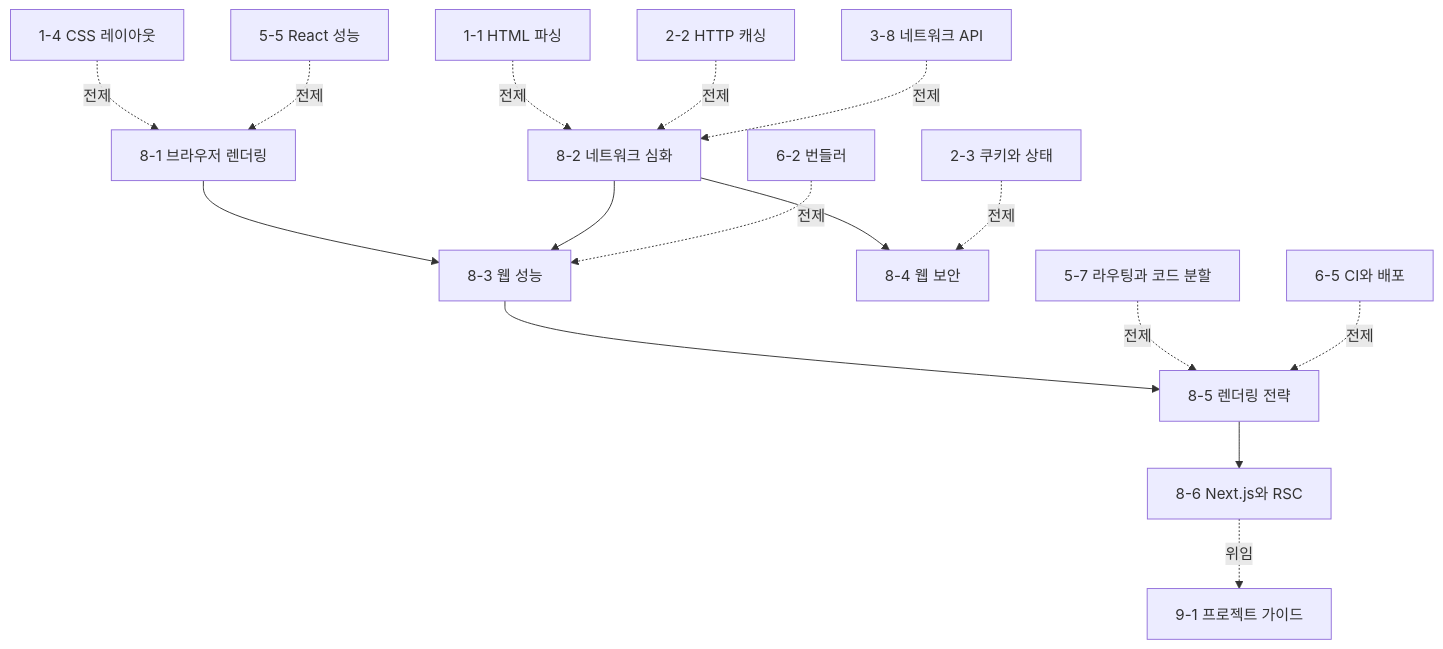
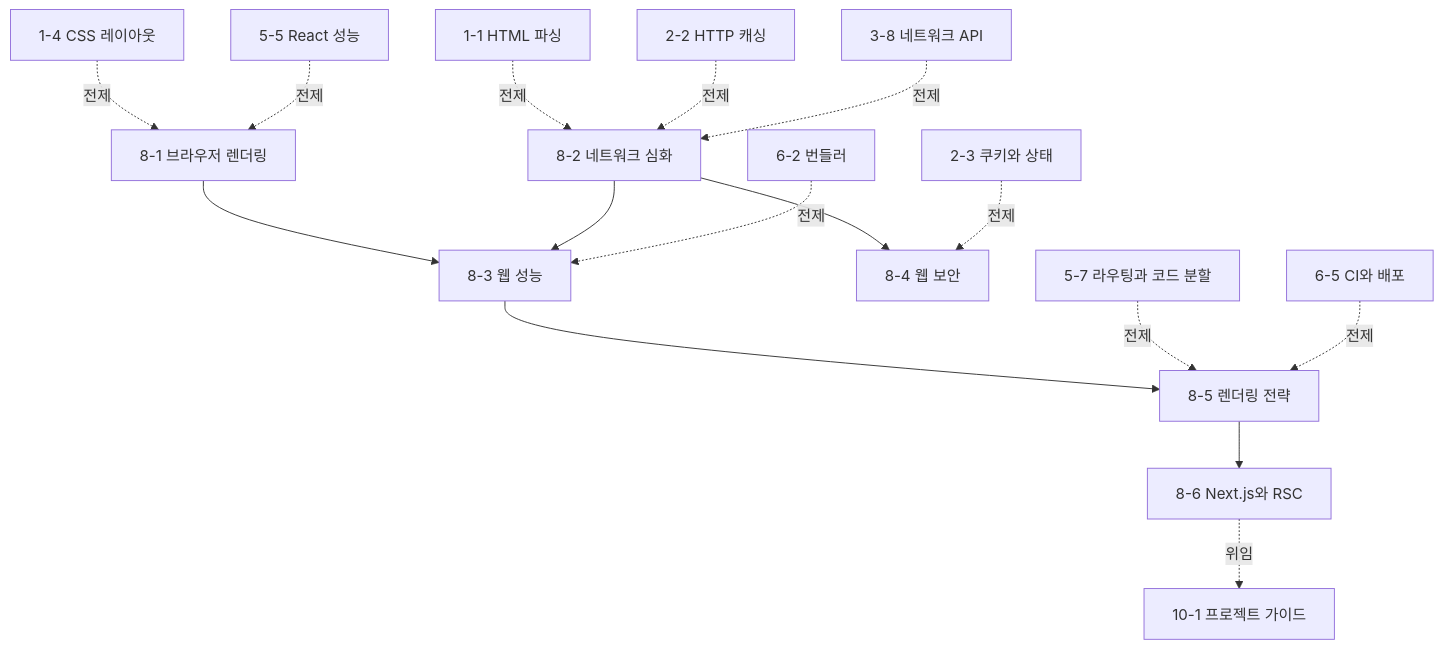
The diagram in plan/phase8.md (lee-gyu/web-fe-roadmap-study), drawn with Mermaid before and after one commit. The commit also changed other lines of this file and 4 other files, not shown here.

````diff
--- a/plan/phase8.md
+++ b/plan/phase8.md
@@ -124,18 +124,18 @@
 ```mermaid
 flowchart TD
     D1["8-1 브라우저 렌더링"] --> D3["8-3 웹 성능"]
     D2["8-2 네트워크 심화"] --> D3
     D2 --> D4["8-4 웹 보안"]
     D3 --> D5["8-5 렌더링 전략"]
     D5 --> D6["8-6 Next.js와 RSC"]
     P11["1-1 HTML 파싱"] -.전제.-> D2
     P14["1-4 CSS 레이아웃"] -.전제.-> D1
     P22["2-2 HTTP 캐싱"] -.전제.-> D2
     P23["2-3 쿠키와 상태"] -.전제.-> D4
     P38["3-8 네트워크 API"] -.전제.-> D2
     P55["5-5 React 성능"] -.전제.-> D1
     P57["5-7 라우팅과 코드 분할"] -.전제.-> D5
     P62["6-2 번들러"] -.전제.-> D3
     P65["6-5 CI와 배포"] -.전제.-> D5
-    D6 -.위임.-> P91["9-1 프로젝트 가이드"]
+    D6 -.위임.-> P101["10-1 프로젝트 가이드"]
 ```
````
